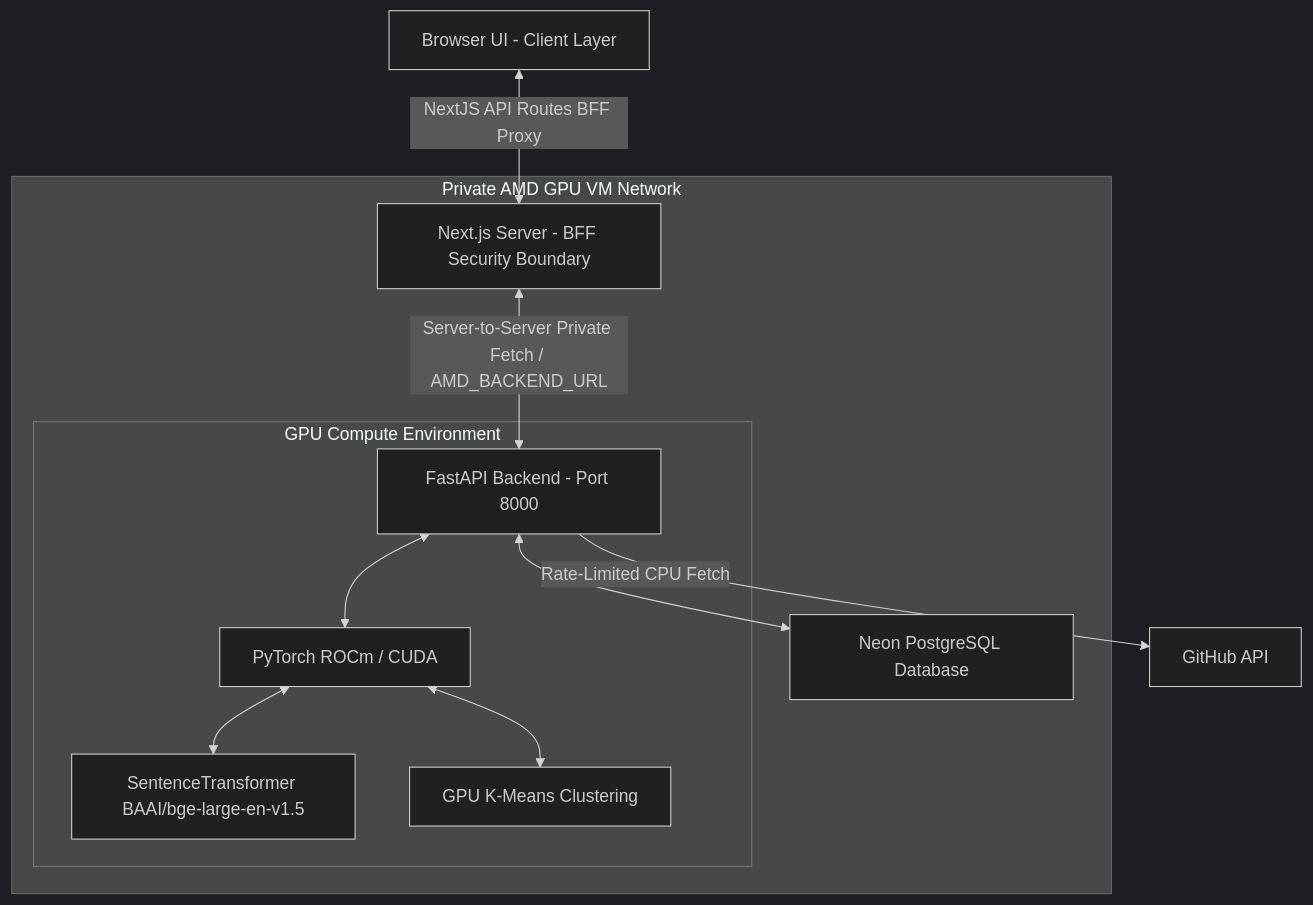
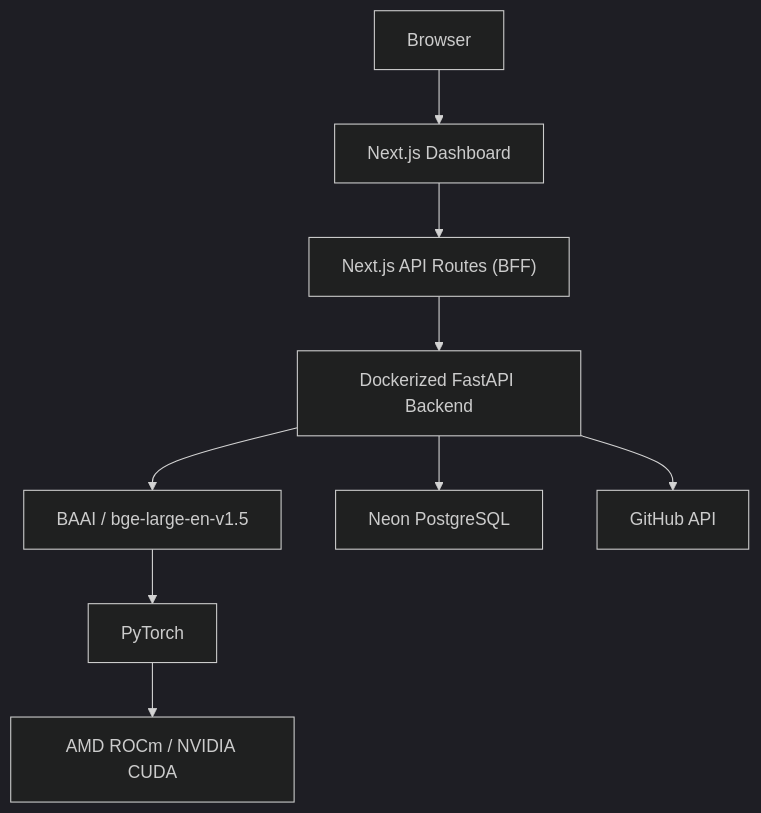
Before and after one commit to aman-sharma-dev/candid: the diagram in README.md, drawn with Mermaid (dark theme). The commit also changed other lines of this file and 5 other files, not shown here.

````diff
--- a/README.md
+++ b/README.md
@@ -9,18 +22,21 @@
 ```mermaid
 graph TD
-    Client[Browser UI - Client Layer] <-->|NextJS API Routes BFF Proxy| NextJS[Next.js Server - BFF Security Boundary]
-    
-    subgraph Private AMD GPU VM Network
-        NextJS <-->|Server-to-Server Private Fetch / AMD_BACKEND_URL| FastAPI[FastAPI Backend - Port 8000]
-        
-        subgraph GPU Compute Environment
-            FastAPI <--> PyTorch[PyTorch ROCm / CUDA]
-            PyTorch <--> ST[SentenceTransformer BAAI/bge-large-en-v1.5]
-            PyTorch <--> KMeans[GPU K-Means Clustering]
-        end
-        
-        FastAPI <--> SQL[Neon PostgreSQL Database]
-    end
-    
-    FastAPI -->|Rate-Limited CPU Fetch| GitHub[GitHub API]
+
+Browser["Browser"]
+
+Browser --> NextUI["Next.js Dashboard"]
+
+NextUI --> BFF["Next.js API Routes (BFF)"]
+
+BFF --> FastAPI["Dockerized FastAPI Backend"]
+
+FastAPI --> Embeddings["BAAI / bge-large-en-v1.5"]
+
+Embeddings --> PyTorch["PyTorch"]
+
+PyTorch --> GPU["AMD ROCm / NVIDIA CUDA"]
+
+FastAPI --> PostgreSQL["Neon PostgreSQL"]
+
+FastAPI --> GitHub["GitHub API"]
 ```
````
